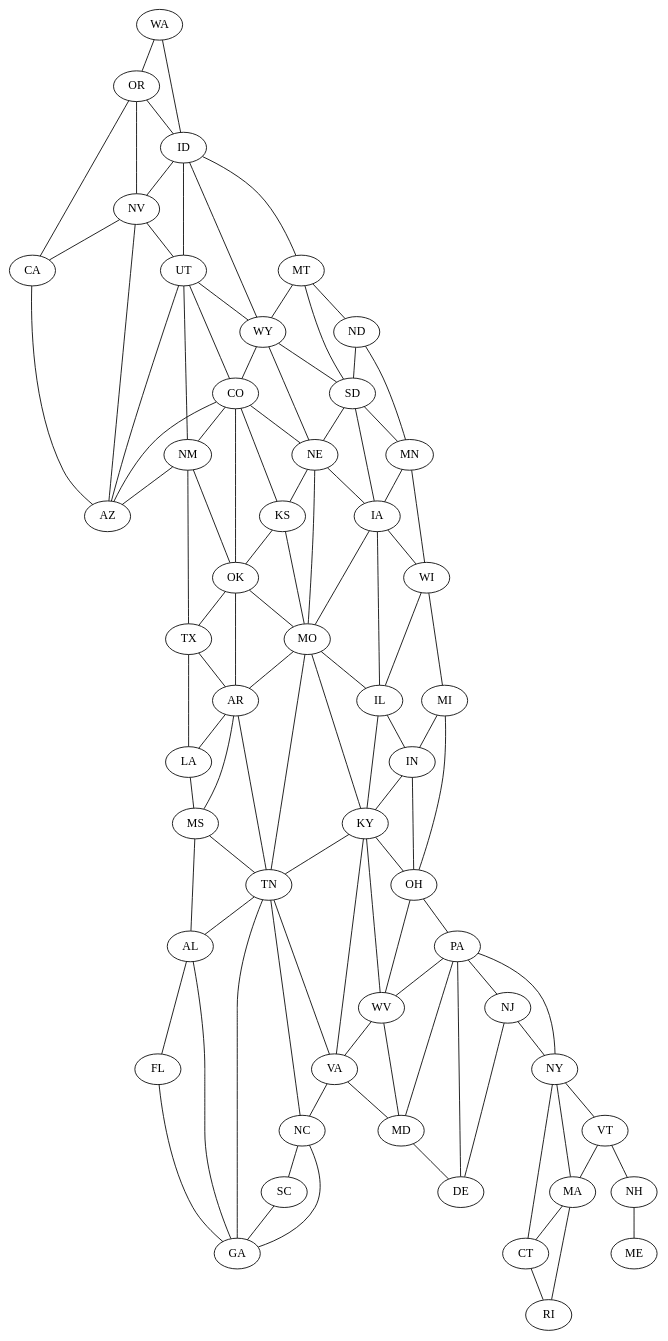
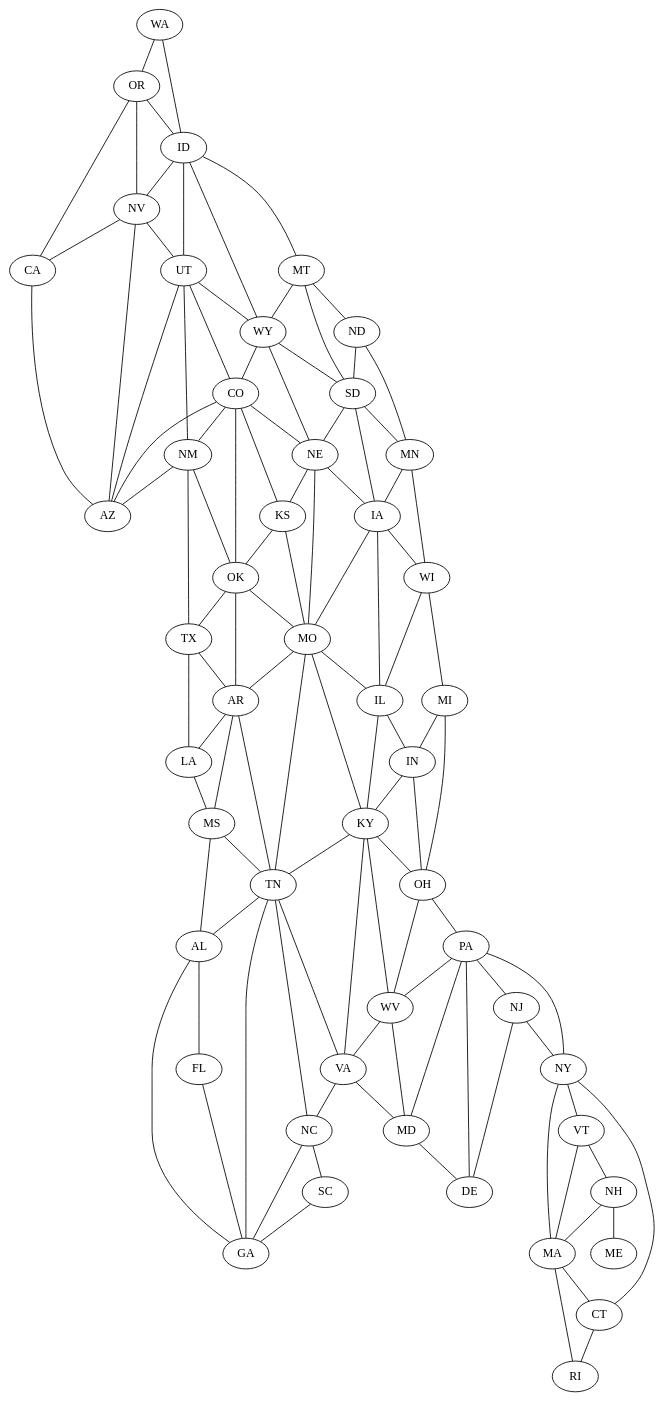
The diagram in states.dot (KirillOsenkov/Misc), drawn with Graphviz before and after one commit.

```diff
--- a/states.dot
+++ b/states.dot
@@ -1,158 +1,159 @@
 graph G {
 WA [pos="0,10"]
 OR [pos="0,9"]
 CA [pos="0,6"]
 NV [pos="1,7"]
 UT [pos="2,7"]
 AZ [pos="2,5"]
 ID [pos="1,10"]
 MT [pos="2,10"]
 WY [pos="2,9"]
 CO [pos="3,7"]
 NM [pos="3,6"]
 ND [pos="4,10"]
 SD [pos="4,9"]
 NE [pos="4,8"]
 KS [pos="4,7"]
 OK [pos="4,6"]
 TX [pos="4,5"]
 MN [pos="5,10"]
 IA [pos="5,9"]
 MO [pos="5,8"]
 AR [pos="5,6"]
 LA [pos="5,5"]
 MS [pos="6,5"]
 WI [pos="6,10"]
 IL [pos="6,9"]
 IN [pos="7,9"]
 OH [pos="8,9"]
 KY [pos="6,8"]
 TN [pos="6,7"]
 AL [pos="6,6"]
 GA [pos="7,6"]
 FL [pos="7,5"]
 MI [pos="7,10"]
 WV [pos="8,8"]
 PA [pos="9,9"]
 VA [pos="9,7"]
 NC [pos="9,6"]
 SC [pos="9,5"]
 NY [pos="10,10"]
 NJ [pos="10,9"]
 DE [pos="10,8"]
 MD [pos="10,6"]
 NJ [pos="11,7"]
 VT [pos="12,10"]
 MA [pos="12,9"]
 CT [pos="12,8"]
 NH [pos="13,10"]
 RI [pos="13,8"]
 ME [pos="14,10"]
 
 WA -- OR
 WA -- ID
 ID -- MT
 ID -- WY
 ID -- UT
 ID -- NV
 OR -- ID
 OR -- NV
 OR -- CA
 NV -- UT
 NV -- AZ
 NV -- CA
 CA -- AZ
 UT -- WY
 UT -- CO
 UT -- NM
 UT -- AZ
 MT -- ND
 MT -- SD
 MT -- WY
 WY -- SD
 WY -- NE
 WY -- CO
 CO -- NE
 CO -- KS
 CO -- OK
 CO -- NM
 CO -- AZ
 NM -- OK
 NM -- TX
 NM -- AZ
 ND -- MN
 ND -- SD
 SD -- MN
 SD -- IA
 SD -- NE
 NE -- IA
 NE -- MO
 NE -- KS
 KS -- MO
 KS -- OK
 OK -- MO
 OK -- AR
 OK -- TX
 TX -- AR
 TX -- LA
 MN -- WI
 MN -- IA
 IA -- WI
 IA -- IL
 IA -- MO
 MO -- IL
 MO -- KY
 MO -- TN
 MO -- AR
 AR -- TN
 AR -- MS
 AR -- LA
 LA -- MS
 WI -- MI
 WI -- IL
 IL -- IN
 IL -- KY
 MS -- TN
 MS -- AL
 MI -- OH
 MI -- IN
 IN -- OH
 IN -- KY
 KY -- OH
 KY -- WV
 KY -- VA
 KY -- TN
 TN -- VA
 TN -- NC
 TN -- GA
 TN -- AL
 OH -- PA
 OH -- WV
 AL -- GA
 AL -- FL
 FL -- GA
 PA -- NY
 PA -- NJ
 PA -- DE
 PA -- MD
 PA -- WV
 WV -- MD
 WV -- VA
 VA -- MD
 VA -- NC
 NC -- SC
 NC -- GA
 SC -- GA
 MD -- DE
 NJ -- DE
 NJ -- NY
 NY -- VT
 NY -- MA
 NY -- CT
 VT -- NH
 VT -- MA
 MA -- RI
 MA -- CT
 CT -- RI
 NH -- ME
+NH -- MA
 }
```
